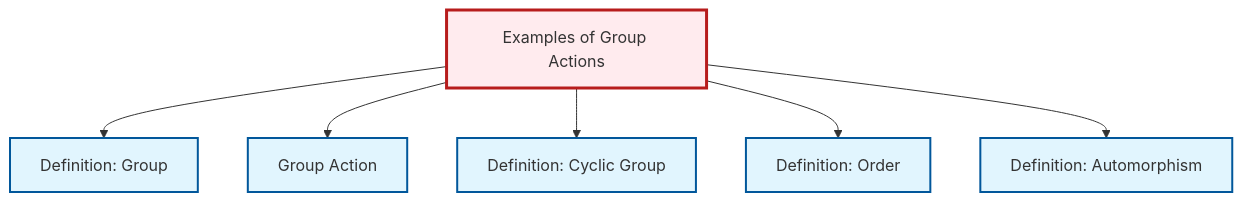
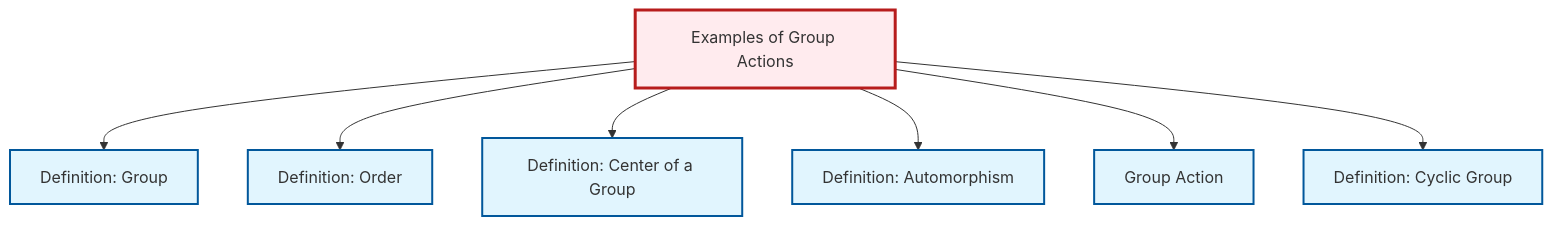
Before and after one commit to RK0429/ModernMath: the diagram in content/ja/algebra/ex-group-action-examples.qmd, drawn with Mermaid. The commit also changed other lines of this file and 634 other files, not shown here.

````diff
--- a/content/ja/algebra/ex-group-action-examples.qmd
+++ b/content/ja/algebra/ex-group-action-examples.qmd
@@ -78,26 +78,29 @@
 ```{mermaid}
 %%| fig-cap: "Local dependency graph"
 graph TD
     classDef definition fill:#e1f5fe,stroke:#01579b,stroke-width:2px
     classDef theorem fill:#f3e5f5,stroke:#4a148c,stroke-width:2px
     classDef axiom fill:#fff3e0,stroke:#e65100,stroke-width:2px
     classDef example fill:#e8f5e9,stroke:#1b5e20,stroke-width:2px
     classDef current fill:#ffebee,stroke:#b71c1c,stroke-width:3px
     def-group["Definition: Group"]:::definition
+    def-center-of-group["Definition: Center of a Group"]:::definition
     def-cyclic-group["Definition: Cyclic Group"]:::definition
+    def-order["Definition: Order"]:::definition
+    def-group-action["Group Action"]:::definition
     def-automorphism["Definition: Automorphism"]:::definition
-    def-order["Definition: Order"]:::definition
     ex-group-action-examples["Examples of Group Actions"]:::example
-    def-group-action["Group Action"]:::definition
     ex-group-action-examples --> def-group
+    ex-group-action-examples --> def-order
+    ex-group-action-examples --> def-center-of-group
+    ex-group-action-examples --> def-automorphism
     ex-group-action-examples --> def-group-action
     ex-group-action-examples --> def-cyclic-group
-    ex-group-action-examples --> def-order
-    ex-group-action-examples --> def-automorphism
     class ex-group-action-examples current
     click def-group "def-group.html" "Definition: Groupへ"
+    click def-center-of-group "def-center-of-group.html" "Definition: Center of a Groupへ"
     click def-cyclic-group "def-cyclic-group.html" "Definition: Cyclic Groupへ"
-    click def-automorphism "def-automorphism.html" "Definition: Automorphismへ"
     click def-order "def-order.html" "Definition: Orderへ"
     click def-group-action "def-group-action.html" "Group Actionへ"
+    click def-automorphism "def-automorphism.html" "Definition: Automorphismへ"
 ```
````
